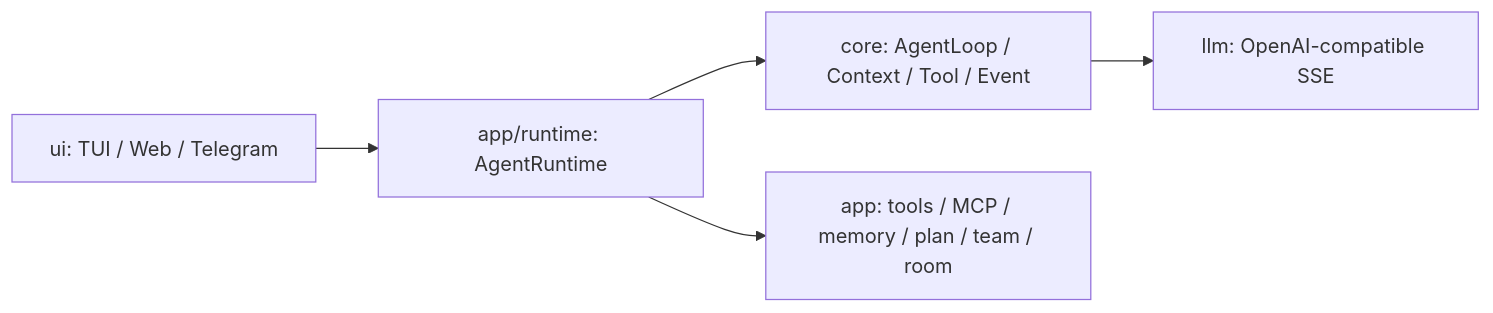
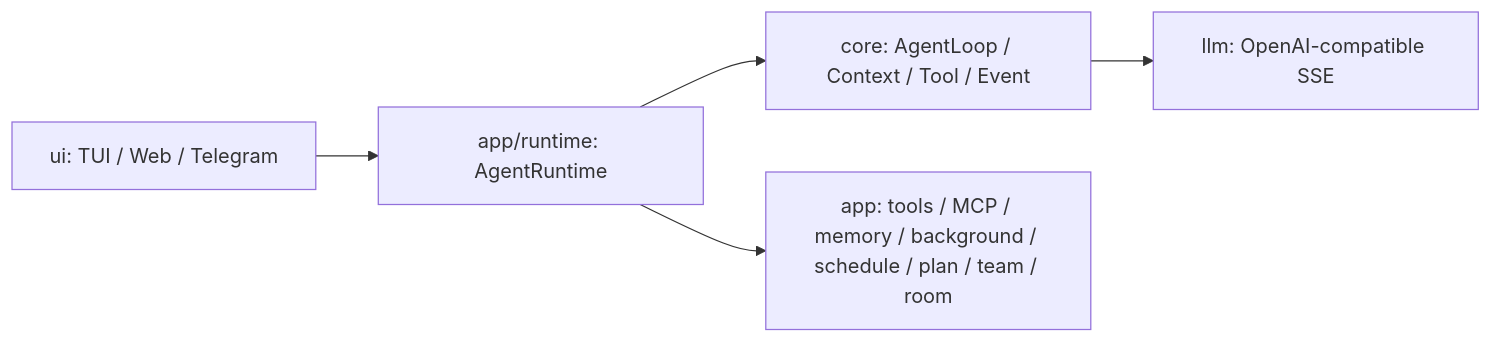
The diagram in docs/ai-readme/README.md (yangzhb-cn/aster), drawn with Mermaid before and after one commit. The commit also changed other lines of this file and 42 other files, not shown here.

````diff
--- a/docs/ai-readme/README.md
+++ b/docs/ai-readme/README.md
@@ -7,7 +7,7 @@
 ```mermaid
 flowchart LR
     UI["ui: TUI / Web / Telegram"] --> Runtime["app/runtime: AgentRuntime"]
     Runtime --> Core["core: AgentLoop / Context / Tool / Event"]
     Core --> LLM["llm: OpenAI-compatible SSE"]
-    Runtime --> App["app: tools / MCP / memory / plan / team / room"]
+    Runtime --> App["app: tools / MCP / memory / background / schedule / plan / team / room"]
 ```
````
